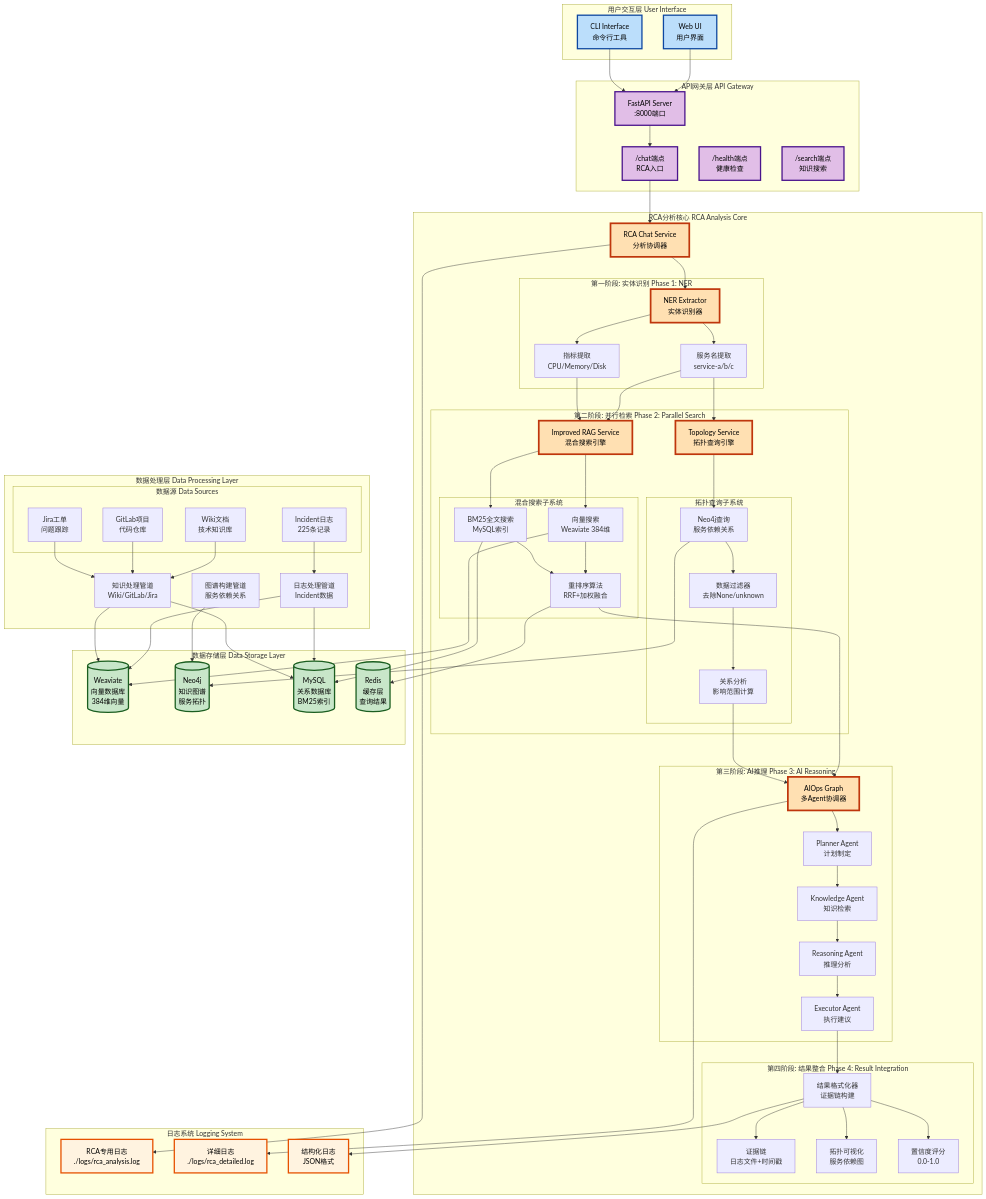
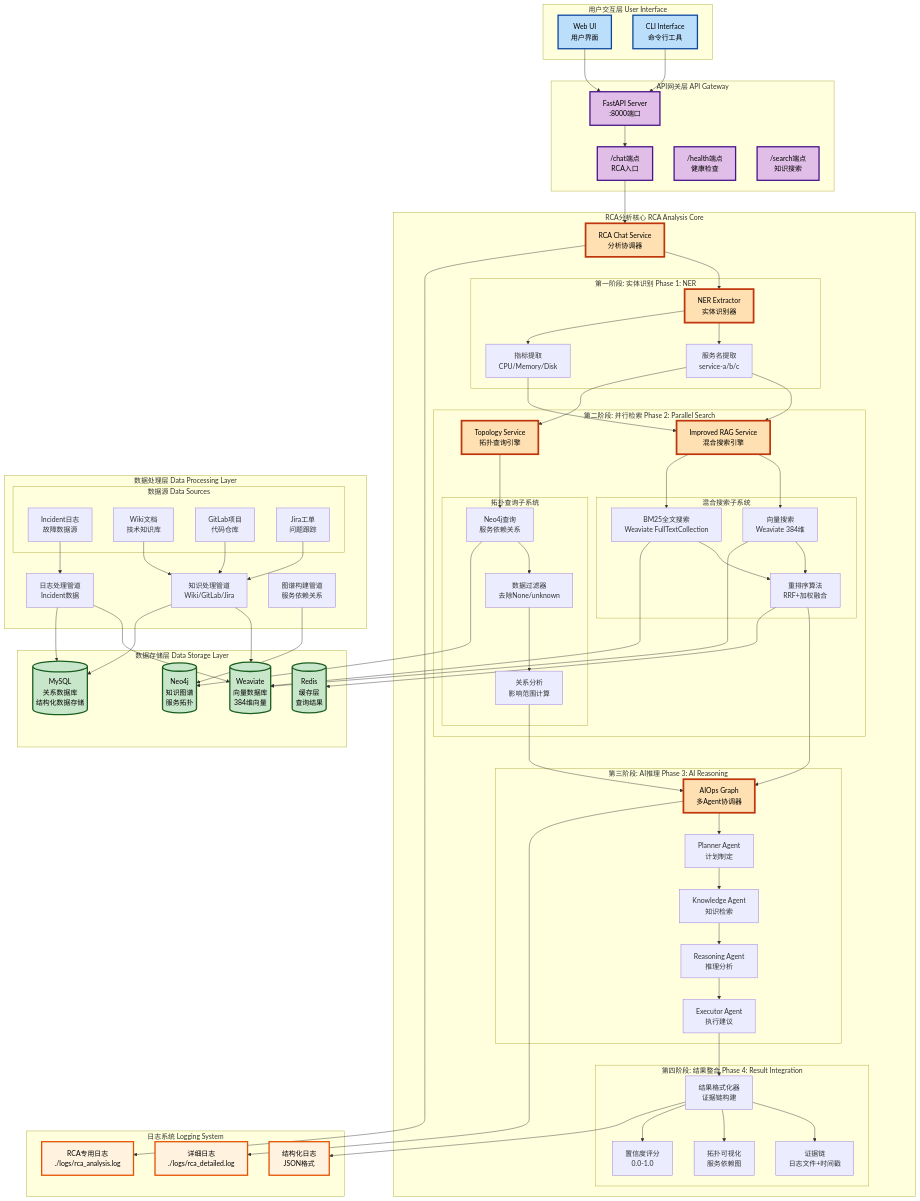
One commit to pkusnail/AIOpsPolaris changed the first of 2 diagrams in docs/rca_architecture_flow.md. Above: the diagram before and after it, drawn with Mermaid. The commit also changed 4 other files, not shown here.

First line of the commit message:
fix(docs): correct Weaviate BM25 implementation and complete Collection schemas

```diff
--- a/docs/rca_architecture_flow.md
+++ b/docs/rca_architecture_flow.md
@@ -35,7 +35,7 @@
             
             subgraph "混合搜索子系统"
                 VectorSearch[向量搜索<br/>Weaviate 384维]
-                BM25Search[BM25全文搜索<br/>MySQL索引]
+                BM25Search[BM25全文搜索<br/>Weaviate FullTextCollection]
                 RerankAlgorithm[重排序算法<br/>RRF+加权融合]
             end
             
@@ -65,7 +65,7 @@
     subgraph "数据存储层 Data Storage Layer"
         Weaviate[(Weaviate<br/>向量数据库<br/>384维向量)]
         Neo4j[(Neo4j<br/>知识图谱<br/>服务拓扑)]
-        MySQL[(MySQL<br/>关系数据库<br/>BM25索引)]
+        MySQL[(MySQL<br/>关系数据库<br/>结构化数据存储)]
         Redis[(Redis<br/>缓存层<br/>查询结果)]
     end
     
@@ -75,7 +75,7 @@
         GraphPipeline[图谱构建管道<br/>服务依赖关系]
         
         subgraph "数据源 Data Sources"
-            IncidentLogs[Incident日志<br/>225条记录]
+            IncidentLogs[Incident日志<br/>故障数据源]
             WikiDocs[Wiki文档<br/>技术知识库]
             GitLabProjects[GitLab项目<br/>代码仓库]
             JiraTickets[Jira工单<br/>问题跟踪]
@@ -129,7 +129,7 @@
     
     %% 数据库连接
     VectorSearch --> Weaviate
-    BM25Search --> MySQL
+    BM25Search --> Weaviate
     Neo4jQuery --> Neo4j
     RerankAlgorithm --> Redis
     
```
